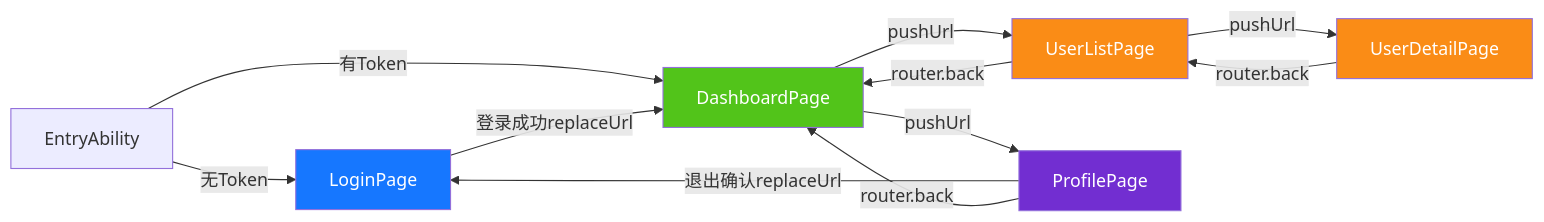
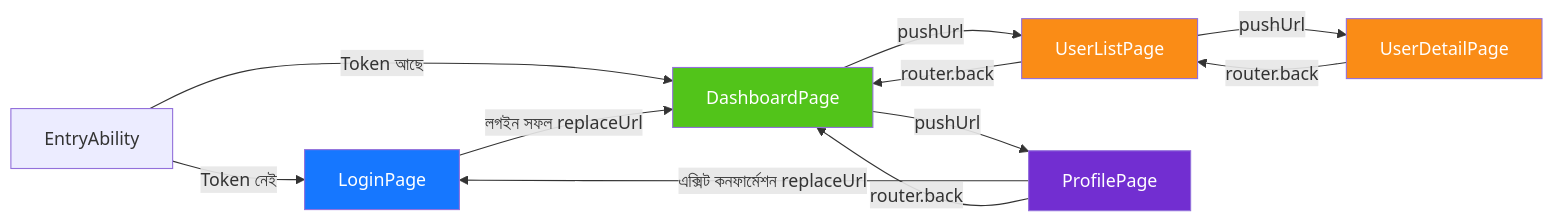
Before and after one commit to erikwang2013/game-platform-php: the second of 2 diagrams in admin/docs/diagrams/10-frontend-components.bn.md, drawn with Mermaid. The commit also changed other lines of this file and 211 other files, not shown here.

First line of the commit message:
fix: 支付配置读回类型根治、提现事件对账巡检，12 语族 mermaid 与 API 标签本地化

````diff
--- a/admin/docs/diagrams/10-frontend-components.bn.md
+++ b/admin/docs/diagrams/10-frontend-components.bn.md
@@ -35,24 +35,24 @@
 ```mermaid
 flowchart LR
     entry["EntryAbility"]
-    entry -->|"无Token"| loginH["LoginPage"]
-    entry -->|"有Token"| dashH["DashboardPage"]
+    entry -->|"Token নেই"| loginH["LoginPage"]
+    entry -->|"Token আছে"| dashH["DashboardPage"]
 
-    loginH -->|"登录成功replaceUrl"| dashH
+    loginH -->|"লগইন সফল replaceUrl"| dashH
 
     dashH -->|"pushUrl"| userList["UserListPage"]
     dashH -->|"pushUrl"| profile["ProfilePage"]
 
     userList -->|"pushUrl"| userDetail["UserDetailPage"]
     userList -->|"router.back"| dashH
     userDetail -->|"router.back"| userList
 
-    profile -->|"退出确认replaceUrl"| loginH
+    profile -->|"এক্সিট কনফার্মেশন replaceUrl"| loginH
     profile -->|"router.back"| dashH
 
     style loginH fill:#1677FF,color:#fff
     style dashH fill:#52C41A,color:#fff
     style userList fill:#FA8C16,color:#fff
     style userDetail fill:#FA8C16,color:#fff
     style profile fill:#722ED1,color:#fff
 ```
````
